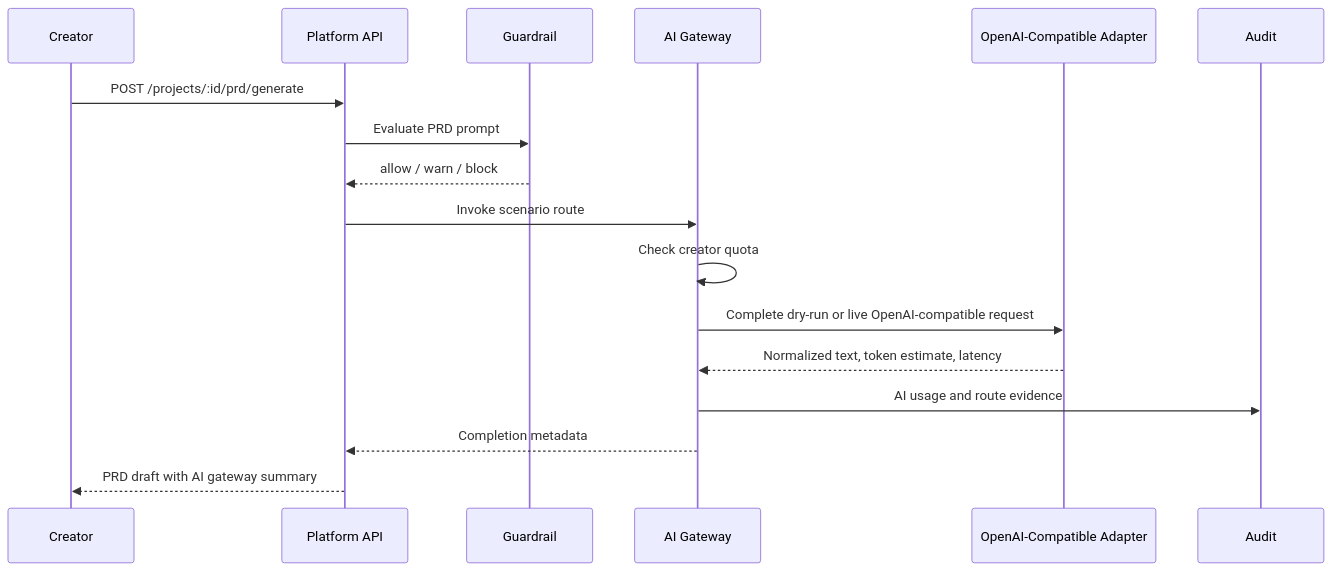
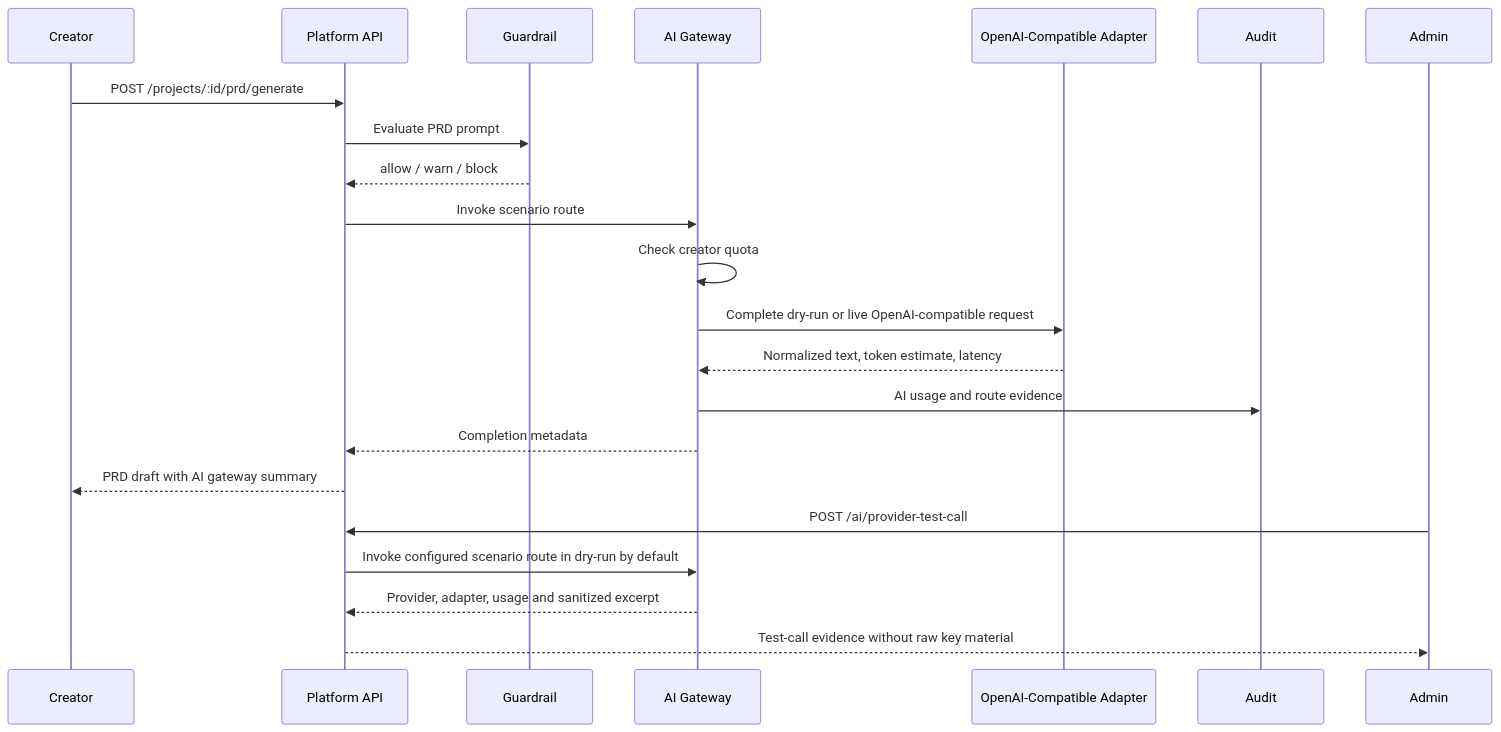
One commit to horizonxlabs/horizon changed the diagram in docs/operations/real-mvp-ai-provider-adapter.md. Above: the diagram before and after it, drawn with Mermaid. The commit also changed other lines of this file and 11 other files, not shown here.

Commit message:
feat: add Admin AI provider test call

````diff
--- a/docs/operations/real-mvp-ai-provider-adapter.md
+++ b/docs/operations/real-mvp-ai-provider-adapter.md
@@ -15,20 +15,25 @@
 ```mermaid
 sequenceDiagram
   participant Creator
   participant API as Platform API
   participant Guardrail
   participant Gateway as AI Gateway
   participant Adapter as OpenAI-Compatible Adapter
   participant Audit
+  participant Admin
 
   Creator->>API: POST /projects/:id/prd/generate
   API->>Guardrail: Evaluate PRD prompt
   Guardrail-->>API: allow / warn / block
   API->>Gateway: Invoke scenario route
   Gateway->>Gateway: Check creator quota
   Gateway->>Adapter: Complete dry-run or live OpenAI-compatible request
   Adapter-->>Gateway: Normalized text, token estimate, latency
   Gateway->>Audit: AI usage and route evidence
   Gateway-->>API: Completion metadata
   API-->>Creator: PRD draft with AI gateway summary
+  Admin->>API: POST /ai/provider-test-call
+  API->>Gateway: Invoke configured scenario route in dry-run by default
+  Gateway-->>API: Provider, adapter, usage and sanitized excerpt
+  API-->>Admin: Test-call evidence without raw key material
 ```
````
